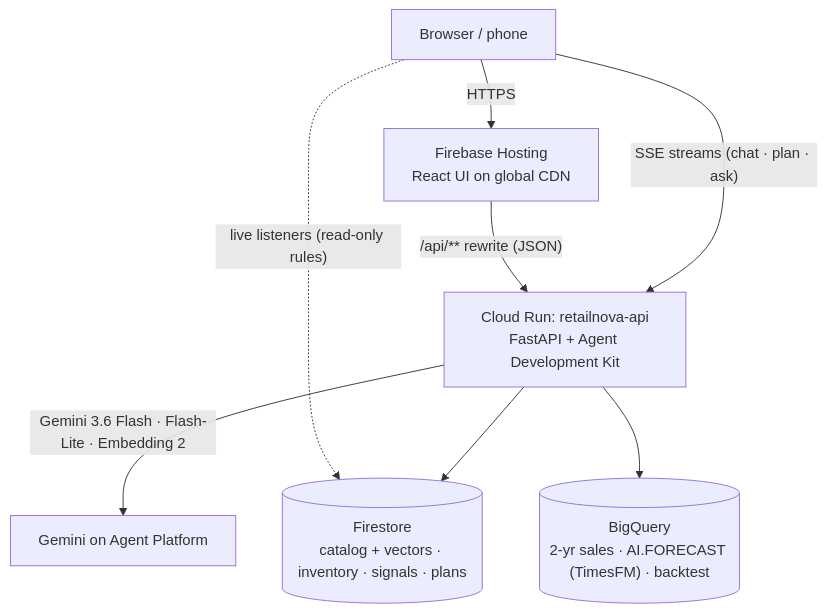
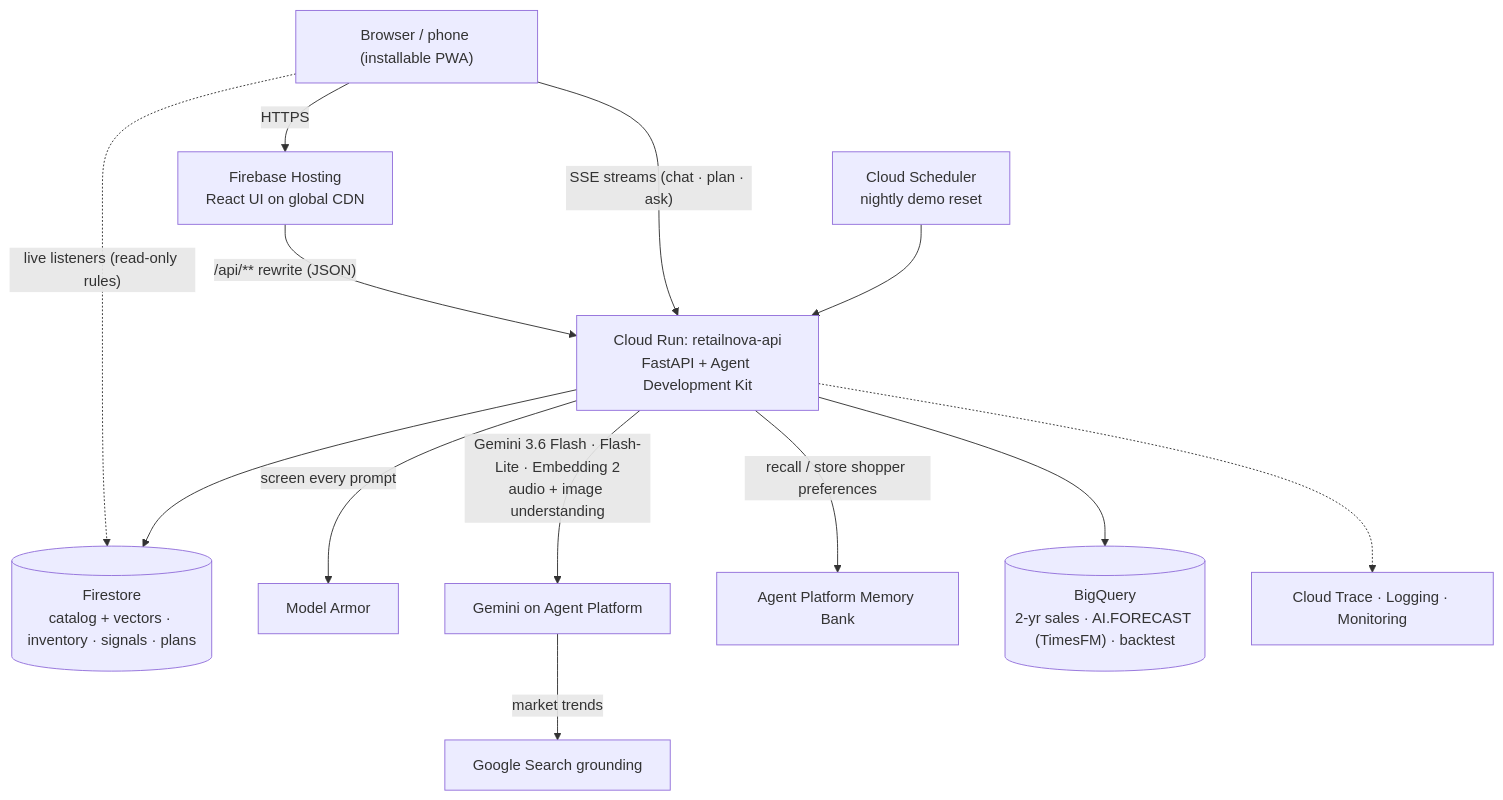
One commit to tjmanoj/retailnova changed the second of 2 diagrams in README.md. Above: the diagram before and after it, drawn with Mermaid. The commit also changed other lines of this file and 29 other files, not shown here.

Commit message:
v1.1 UI: voice notes, walk-in logging, trends sources, memory, pickup pass, guided demo, PWA, polish

````diff
--- a/README.md
+++ b/README.md
@@ -83,10 +92,15 @@
 ```mermaid
 flowchart TB
-  U["Browser / phone"] -->|HTTPS| H["Firebase Hosting<br/>React UI on global CDN"]
+  U["Browser / phone (installable PWA)"] -->|HTTPS| H["Firebase Hosting<br/>React UI on global CDN"]
   H -->|"/api/** rewrite (JSON)"| R
   U -->|"SSE streams (chat · plan · ask)"| R["Cloud Run: retailnova-api<br/>FastAPI + Agent Development Kit"]
   U -.->|"live listeners (read-only rules)"| FS
-  R -->|"Gemini 3.6 Flash · Flash-Lite · Embedding 2"| G["Gemini on Agent Platform"]
+  R -->|"screen every prompt"| MA["Model Armor"]
+  R -->|"Gemini 3.6 Flash · Flash-Lite · Embedding 2<br/>audio + image understanding"| G["Gemini on Agent Platform"]
+  R -->|"recall / store shopper preferences"| MB["Agent Platform Memory Bank"]
+  G -->|"market trends"| GS["Google Search grounding"]
   R --> FS[("Firestore<br/>catalog + vectors · inventory · signals · plans")]
   R --> BQ[("BigQuery<br/>2-yr sales · AI.FORECAST (TimesFM) · backtest")]
+  R -.-> OBS["Cloud Trace · Logging · Monitoring"]
+  SCH["Cloud Scheduler<br/>nightly demo reset"] --> R
 ```
````
